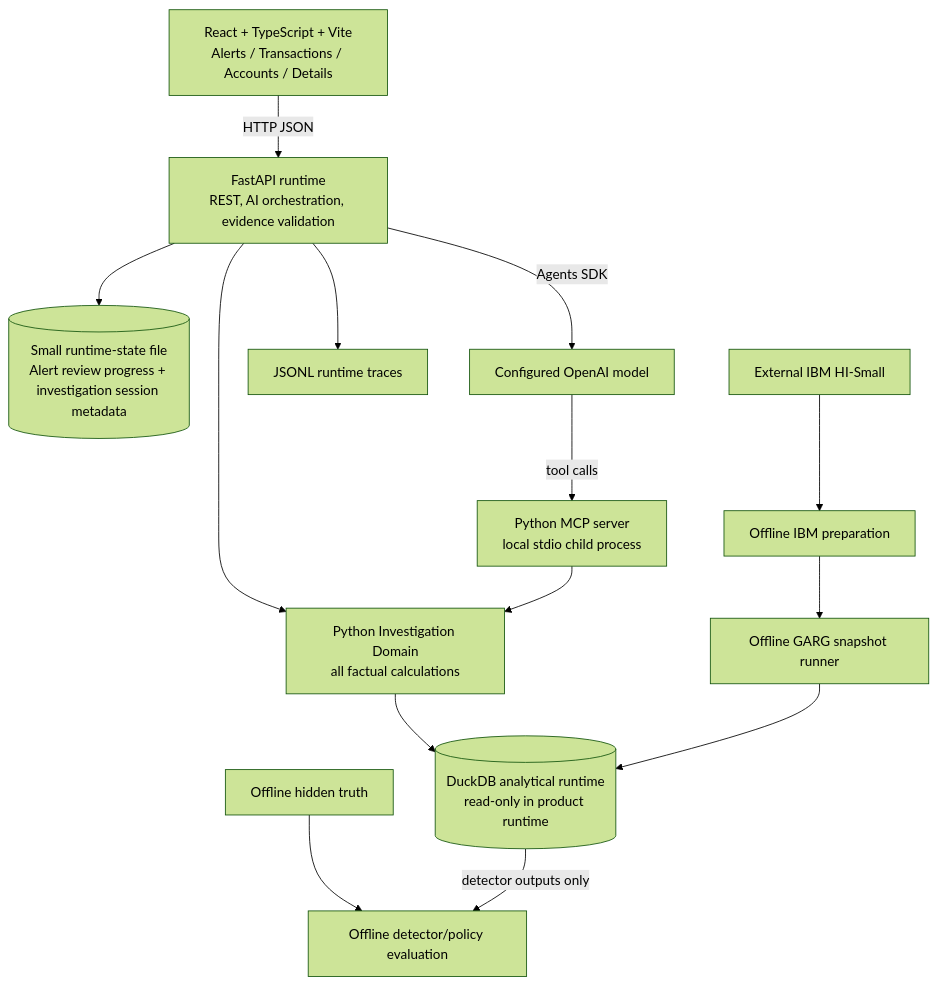
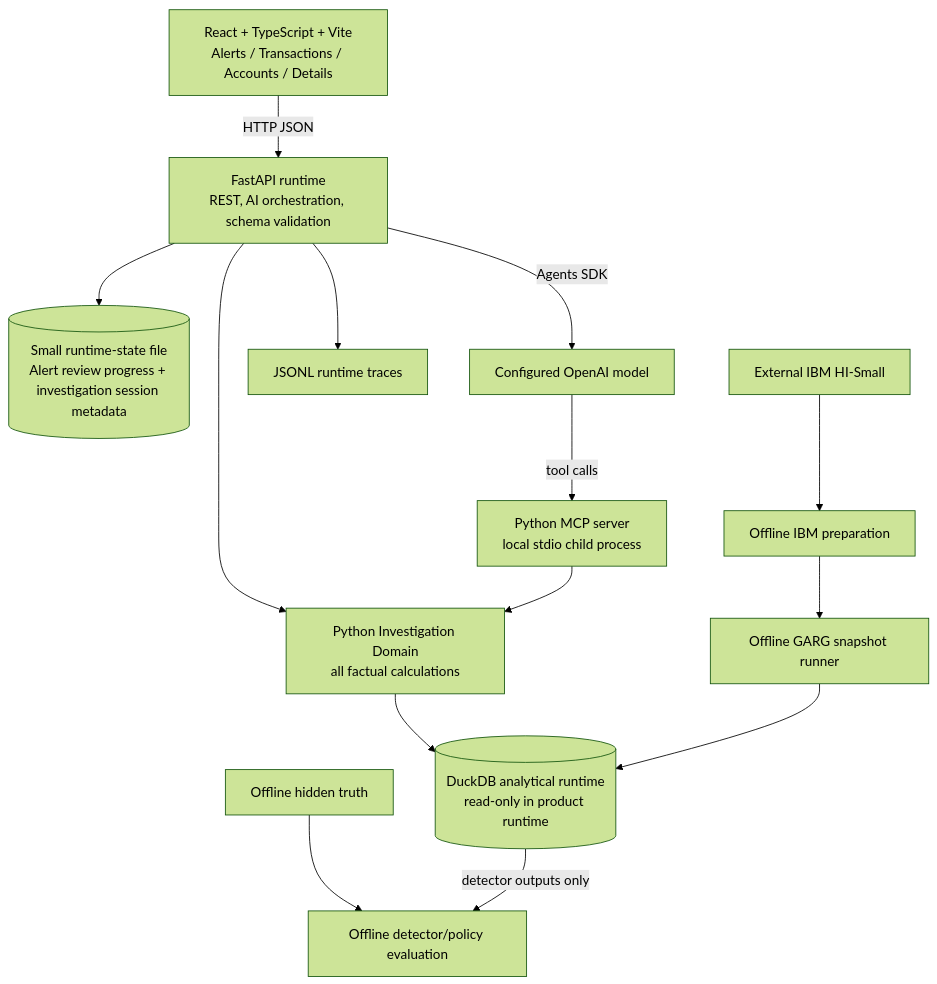
Before and after one commit to Shaksham22/Trailsight: the second of 2 diagrams in docs/01_SYSTEM_ARCHITECTURE.md, drawn with Mermaid (forest theme). The commit also changed other lines of this file and 158 other files, not shown here.

Commit message:
feat: finalize Trailsight V2 AI investigation flow

````diff
--- a/docs/01_SYSTEM_ARCHITECTURE.md
+++ b/docs/01_SYSTEM_ARCHITECTURE.md
@@ -85,30 +85,30 @@
 ```mermaid
 flowchart TB
     Browser["React + TypeScript + Vite\nAlerts / Transactions / Accounts / Details"]
-    API["FastAPI runtime\nREST, AI orchestration, evidence validation"]
+    API["FastAPI runtime\nREST, AI orchestration, schema validation"]
     Domain["Python Investigation Domain\nall factual calculations"]
     RuntimeDB[("DuckDB analytical runtime\nread-only in product runtime")]
     RuntimeState[("Small runtime-state file\nAlert review progress + investigation session metadata")]
     MCP["Python MCP server\nlocal stdio child process"]
     Model["Configured OpenAI model"]
     Trace["JSONL runtime traces"]
 
     Prep["Offline IBM preparation"]
     Detector["Offline GARG snapshot runner"]
     Eval["Offline detector/policy evaluation"]
     Raw["External IBM HI-Small"]
     Truth["Offline hidden truth"]
 
     Browser -->|HTTP JSON| API
     API --> Domain
     Domain --> RuntimeDB
     API --> RuntimeState
     API -->|Agents SDK| Model
     Model -->|tool calls| MCP
     MCP --> Domain
     API --> Trace
 
     Raw --> Prep --> Detector --> RuntimeDB
     Truth --> Eval
     RuntimeDB -->|detector outputs only| Eval
 ```
````
